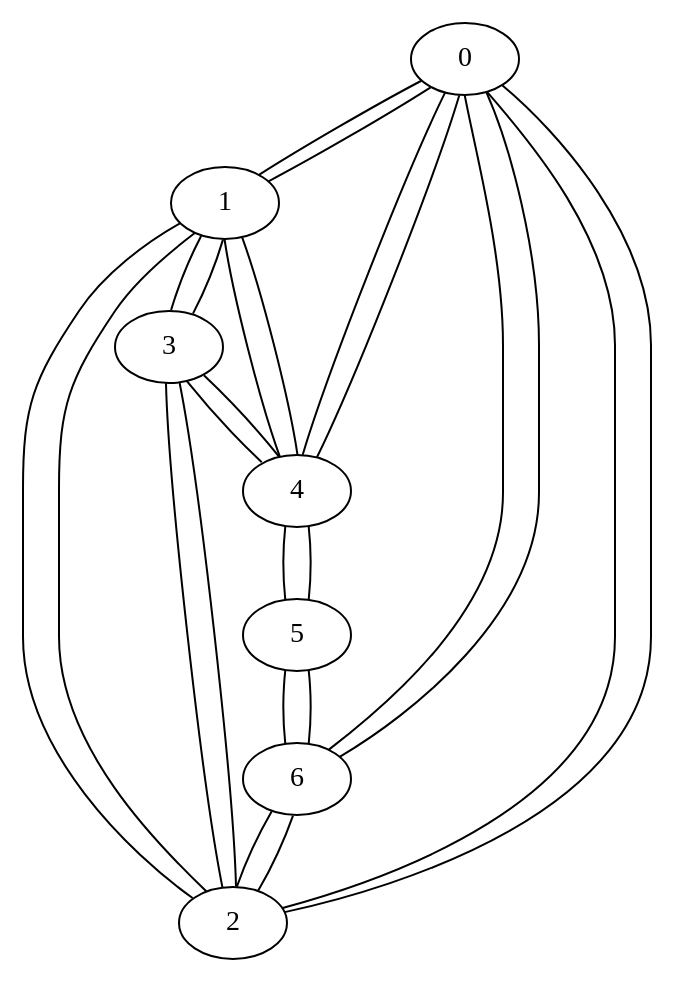
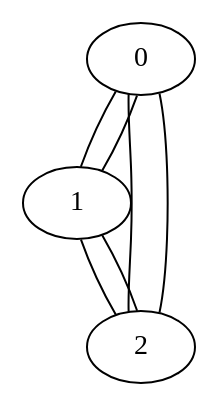
One commit to AnastasiiaSky/SimpleNavigator-v1.0 changed the diagram in src/output.dot. Above: the diagram before and after it, drawn with Graphviz. The commit also changed 68 other files, not shown here.

```diff
--- a/src/output.dot
+++ b/src/output.dot
@@ -1,26 +1,8 @@
 graph G {
   0 -- 1;
   0 -- 2;
-  0 -- 4;
-  0 -- 6;
   1 -- 0;
   1 -- 2;
-  1 -- 3;
-  1 -- 4;
   2 -- 0;
   2 -- 1;
-  2 -- 3;
-  2 -- 6;
-  3 -- 1;
-  3 -- 2;
-  3 -- 4;
-  4 -- 0;
-  4 -- 1;
-  4 -- 3;
-  4 -- 5;
-  5 -- 4;
-  5 -- 6;
-  6 -- 0;
-  6 -- 2;
-  6 -- 5;
 }
```
